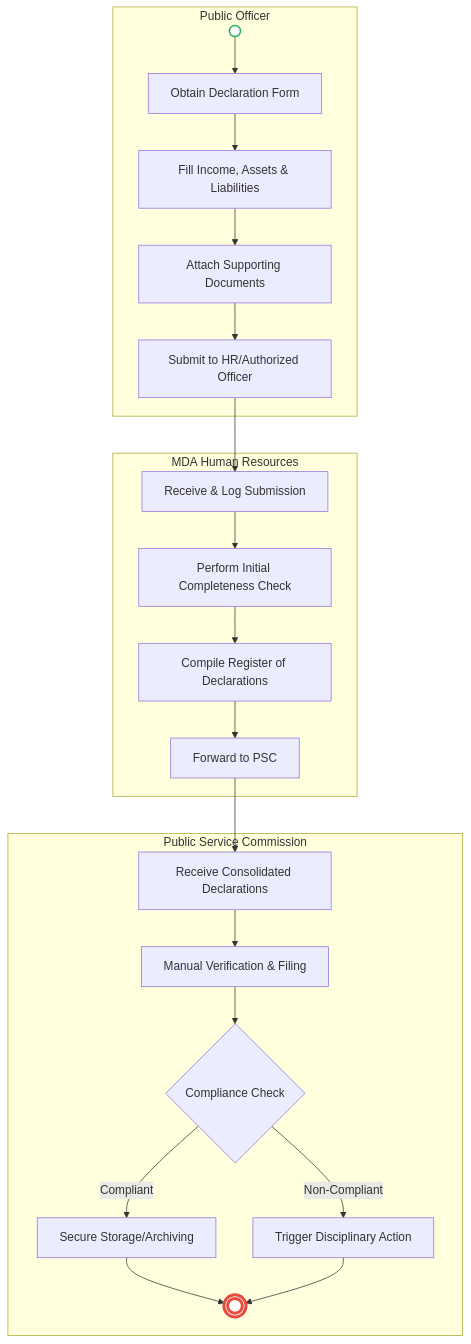
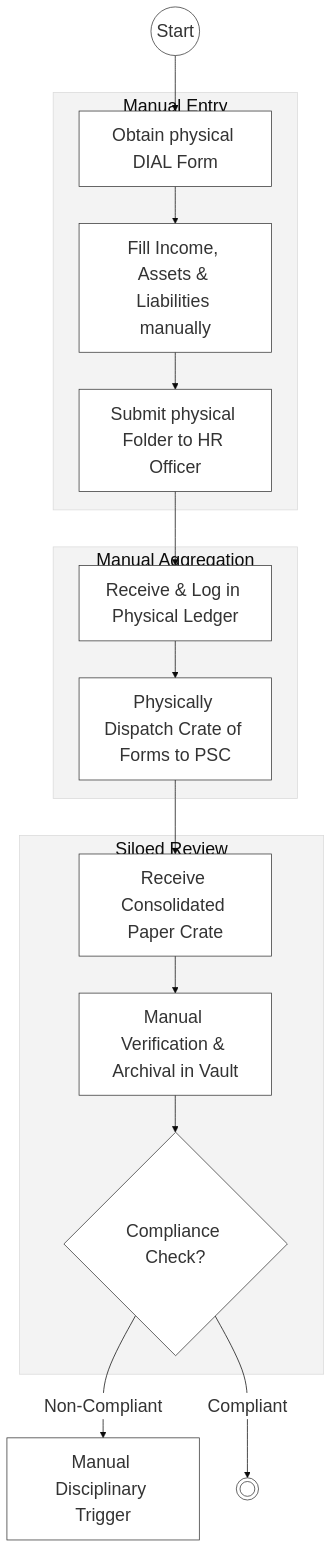
The first of 2 diagrams in mdas/docs_final/priority_mdas/Public_Service_Commission___Service_Delivery.md (BITZ-IT-Consulting-LTD/ictapoc), drawn with Mermaid before and after one commit. The commit also changed other lines of this file and 37 other files, not shown here.

````diff
--- a/mdas/docs_final/priority_mdas/Public_Service_Commission___Service_Delivery.md
+++ b/mdas/docs_final/priority_mdas/Public_Service_Commission___Service_Delivery.md
@@ -31,29 +76,24 @@
 ```mermaid
+%%{init: { 'theme': 'base', 'themeVariables': { 'fontSize': '24px', 'fontFamily': 'Inter, system-ui, sans-serif', 'primaryColor': '#ffffff', 'edgeLabelBackground':'#ffffff', 'tertiaryColor': '#f3f3f3', 'mainBkg': '#ffffff', 'nodeBorder': '#333333' } } }%%
 flowchart TD
-    subgraph Officer["Public Officer"]
-        Start(( )) --> A1[Obtain Declaration Form]
-        A1 --> A2[Fill Income, Assets & Liabilities]
-        A2 --> A3[Attach Supporting Documents]
-        A3 --> A4[Submit to HR/Authorized Officer]
+    Start((Start)) --> A1[Obtain physical DIAL Form]
+    
+    subgraph Officer_Submission["Manual Entry"]
+        A1 --> A2[Fill Income, Assets & Liabilities manually]
+        A2 --> A3[Submit physical Folder to HR Officer]
     end
 
-    subgraph MDA_HR["MDA Human Resources"]
-        A4 --> B1[Receive & Log Submission]
-        B1 --> B2[Perform Initial Completeness Check]
-        B2 --> B3[Compile Register of Declarations]
-        B3 --> B4[Forward to PSC]
+    subgraph MDA_HR_Silo["Manual Aggregation"]
+        A3 --> B1[Receive & Log in Physical Ledger]
+        B1 --> B2[Physically Dispatch Crate of Forms to PSC]
     end
 
-    subgraph PSC["Public Service Commission"]
-        B4 --> C1[Receive Consolidated Declarations]
-        C1 --> C2[Manual Verification & Filing]
-        C2 --> C3{Compliance Check}
-        C3 -- Non-Compliant --> C4[Trigger Disciplinary Action]
-        C3 -- Compliant --> C5[Secure Storage/Archiving]
-        C5 --> End((( )))
-        C4 --> End
+    subgraph PSC_Registry["Siloed Review"]
+        B2 --> C1[Receive Consolidated Paper Crate]
+        C1 --> C2[Manual Verification & Archival in Vault]
+        C2 --> C3{Compliance Check?}
     end
 
-    style Start fill:#fff,stroke:#27ae60,stroke-width:2px
-    style End fill:#fff,stroke:#e74c3c,stroke-width:4px
+    C3 -- Non-Compliant --> C4[Manual Disciplinary Trigger]
+    C3 -- Compliant --> End((( )))
 ```
````
